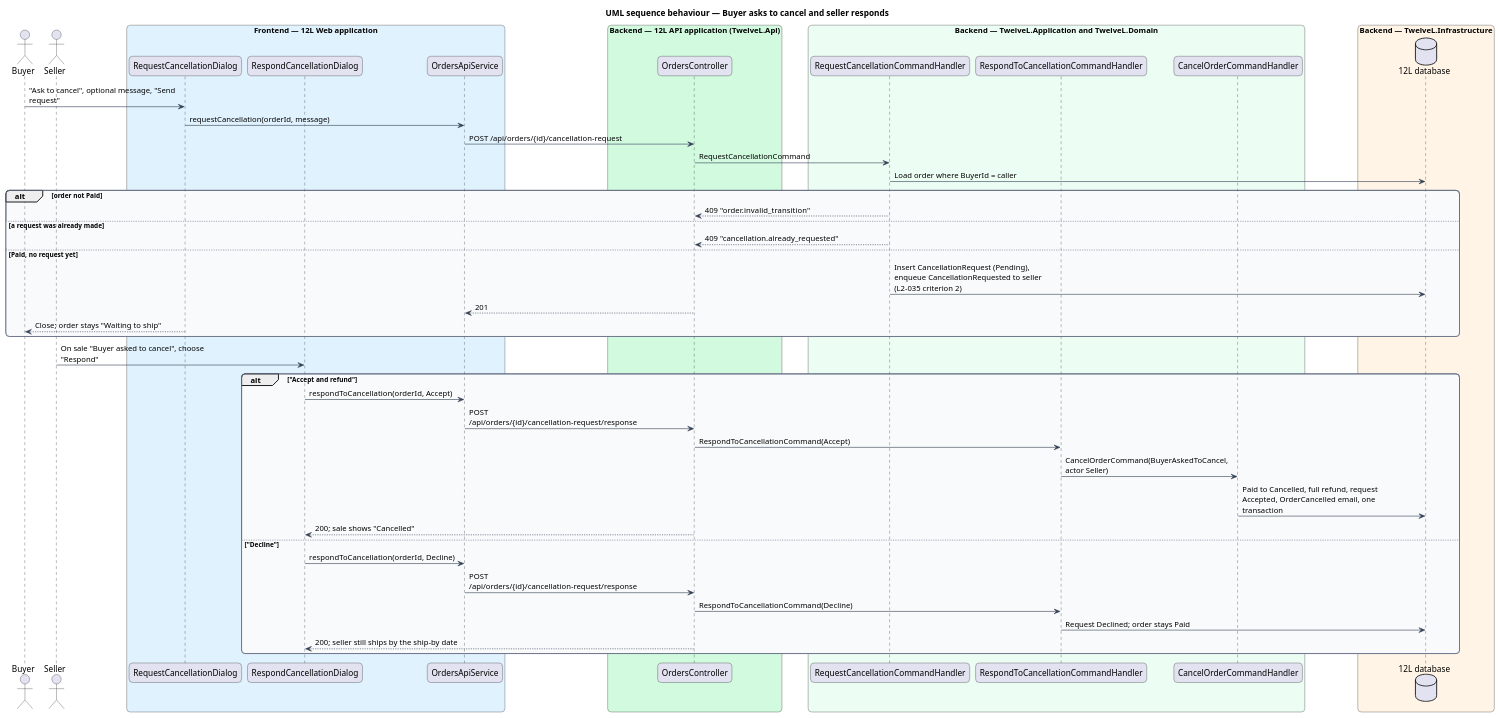
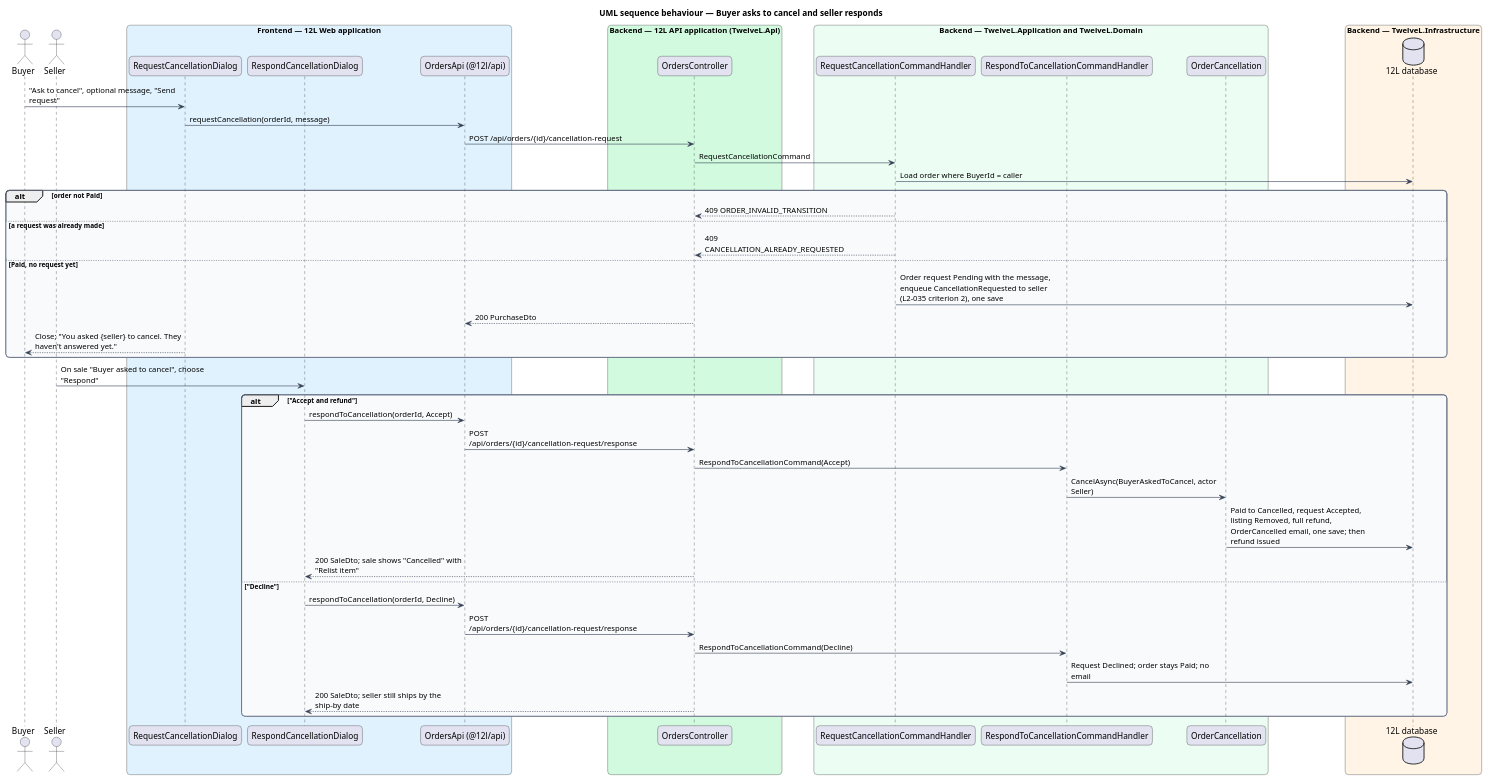
The diagram in docs/detailed-designs/orders/cancel-order/diagrams/sequence-buyer-request.puml (QuinntyneBrown/12l), drawn with PlantUML before and after one commit. The commit also changed 85 other files, not shown here.

Commit message:
Document cancel-order: design, ADR orders/0006, design system, composition, mocks, L2-035, estimates

```diff
--- a/docs/detailed-designs/orders/cancel-order/diagrams/sequence-buyer-request.puml
+++ b/docs/detailed-designs/orders/cancel-order/diagrams/sequence-buyer-request.puml
@@ -1,66 +1,66 @@
 @startuml
 title UML sequence behaviour — Buyer asks to cancel and seller responds
 skinparam backgroundColor #FFFFFF
 skinparam shadowing false
 skinparam roundcorner 12
 skinparam defaultFontName Arial
 skinparam ArrowColor #344054
 skinparam rectangle {
   BorderColor #344054
   FontColor #101828
 }
 skinparam package {
   BorderColor #667085
   FontColor #101828
   BackgroundColor #F9FAFB
 }
 skinparam sequenceMessageAlign left
 skinparam maxMessageSize 260
 actor "Buyer" as buyer
 actor "Seller" as seller
 box "Frontend — 12L Web application" #E0F2FE
   participant "RequestCancellationDialog" as rq
   participant "RespondCancellationDialog" as rs
-  participant "OrdersApiService" as client
+  participant "OrdersApi (@12l/api)" as client
 end box
 box "Backend — 12L API application (TwelveL.Api)" #D1FADF
   participant "OrdersController" as ctrl
 end box
 box "Backend — TwelveL.Application and TwelveL.Domain" #ECFDF3
   participant "RequestCancellationCommandHandler" as rh
   participant "RespondToCancellationCommandHandler" as sh
-  participant "CancelOrderCommandHandler" as ch
+  participant "OrderCancellation" as ch
 end box
 box "Backend — TwelveL.Infrastructure" #FFF4E5
   database "12L database" as db
 end box
 buyer -> rq : "Ask to cancel", optional message, "Send request"
 rq -> client : requestCancellation(orderId, message)
 client -> ctrl : POST /api/orders/{id}/cancellation-request
 ctrl -> rh : RequestCancellationCommand
 rh -> db : Load order where BuyerId = caller
 alt order not Paid
-  rh --> ctrl : 409 "order.invalid_transition"
+  rh --> ctrl : 409 ORDER_INVALID_TRANSITION
 else a request was already made
-  rh --> ctrl : 409 "cancellation.already_requested"
+  rh --> ctrl : 409 CANCELLATION_ALREADY_REQUESTED
 else Paid, no request yet
-  rh -> db : Insert CancellationRequest (Pending), enqueue CancellationRequested to seller (L2-035 criterion 2)
-  ctrl --> client : 201
-  rq --> buyer : Close; order stays "Waiting to ship"
+  rh -> db : Order request Pending with the message, enqueue CancellationRequested to seller (L2-035 criterion 2), one save
+  ctrl --> client : 200 PurchaseDto
+  rq --> buyer : Close; "You asked {seller} to cancel. They haven't answered yet."
 end
 seller -> rs : On sale "Buyer asked to cancel", choose "Respond"
 alt "Accept and refund"
   rs -> client : respondToCancellation(orderId, Accept)
   client -> ctrl : POST /api/orders/{id}/cancellation-request/response
   ctrl -> sh : RespondToCancellationCommand(Accept)
-  sh -> ch : CancelOrderCommand(BuyerAskedToCancel, actor Seller)
-  ch -> db : Paid to Cancelled, full refund, request Accepted, OrderCancelled email, one transaction
-  ctrl --> rs : 200; sale shows "Cancelled"
+  sh -> ch : CancelAsync(BuyerAskedToCancel, actor Seller)
+  ch -> db : Paid to Cancelled, request Accepted, listing Removed, full refund, OrderCancelled email, one save; then refund issued
+  ctrl --> rs : 200 SaleDto; sale shows "Cancelled" with "Relist item"
 else "Decline"
   rs -> client : respondToCancellation(orderId, Decline)
   client -> ctrl : POST /api/orders/{id}/cancellation-request/response
   ctrl -> sh : RespondToCancellationCommand(Decline)
-  sh -> db : Request Declined; order stays Paid
-  ctrl --> rs : 200; seller still ships by the ship-by date
+  sh -> db : Request Declined; order stays Paid; no email
+  ctrl --> rs : 200 SaleDto; seller still ships by the ship-by date
 end
 @enduml
```
